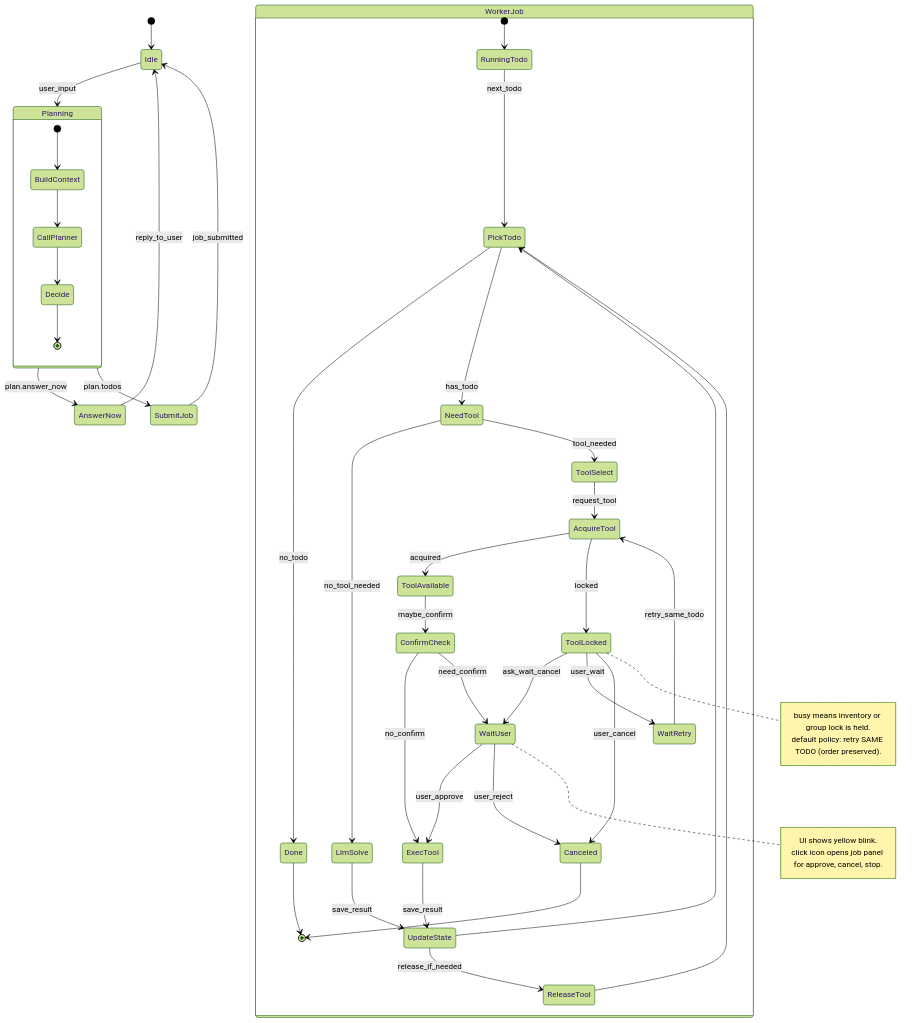
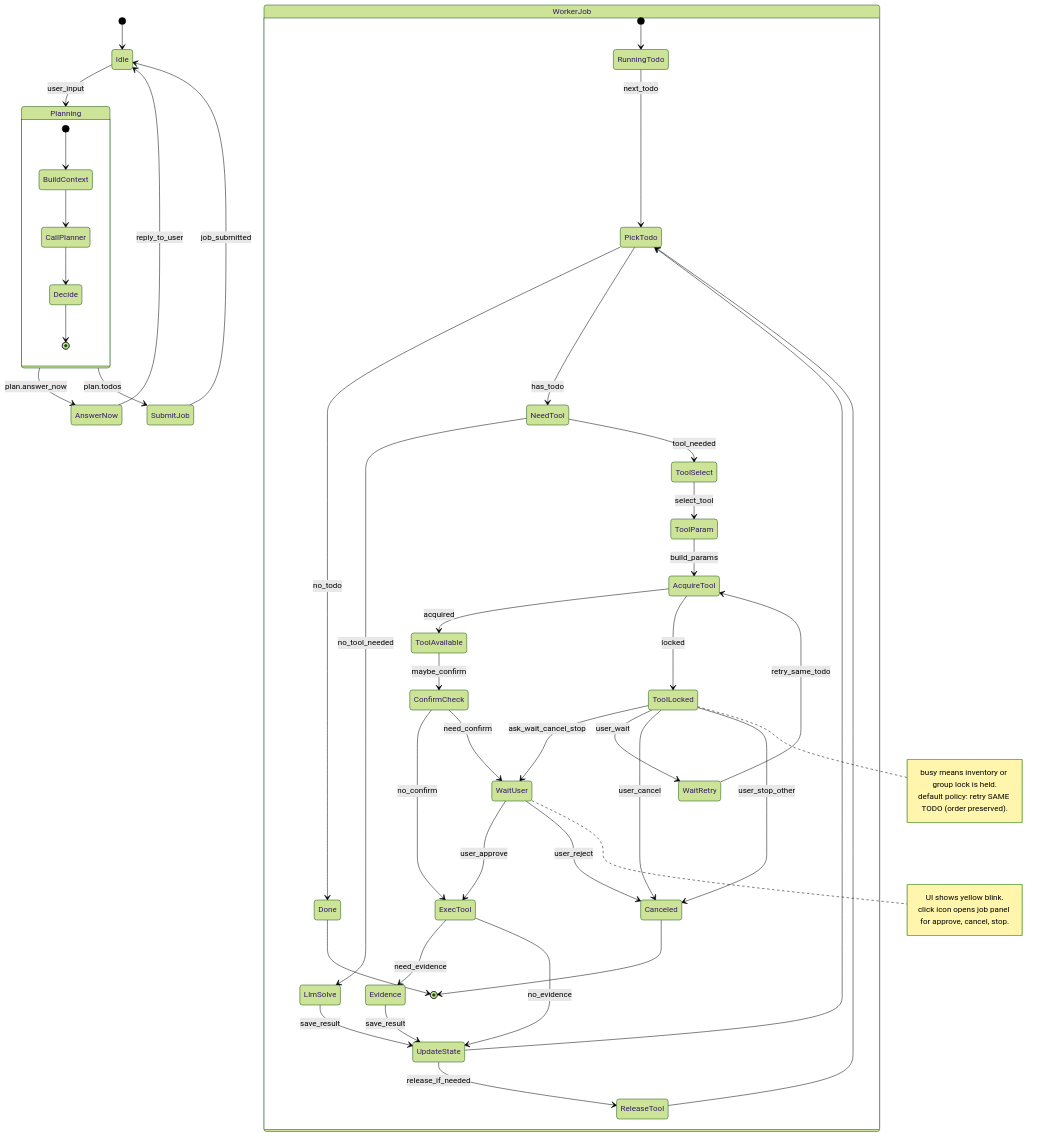
The second of 2 diagrams in docs/agent_world_models_v2.md (heonsik/agent_chat), drawn with Mermaid (forest theme) before and after one commit. The commit also changed 2 other files, not shown here.

Commit message:
Align docs on prompt context and evidence flow

````diff
--- a/docs/agent_world_models_v2.md
+++ b/docs/agent_world_models_v2.md
@@ -114,65 +114,69 @@
 ```mermaid
 stateDiagram-v2
 
 [*] --> Idle
 
 Idle --> Planning : user_input
 Planning --> AnswerNow : plan.answer_now
 Planning --> SubmitJob : plan.todos
 
 AnswerNow --> Idle : reply_to_user
 SubmitJob --> Idle : job_submitted
 
 state WorkerJob {
   [*] --> RunningTodo
   RunningTodo --> PickTodo : next_todo
   PickTodo --> Done : no_todo
   PickTodo --> NeedTool : has_todo
 
   NeedTool --> LlmSolve : no_tool_needed
   LlmSolve --> UpdateState : save_result
   UpdateState --> PickTodo
 
   NeedTool --> ToolSelect : tool_needed
-  ToolSelect --> AcquireTool : request_tool
+  ToolSelect --> ToolParam : select_tool
+  ToolParam --> AcquireTool : build_params
 
   AcquireTool --> ToolAvailable : acquired
   AcquireTool --> ToolLocked : locked
 
   ToolAvailable --> ConfirmCheck : maybe_confirm
   ConfirmCheck --> ExecTool : no_confirm
   ConfirmCheck --> WaitUser : need_confirm
 
   WaitUser --> ExecTool : user_approve
   WaitUser --> Canceled : user_reject
 
-  ToolLocked --> WaitUser : ask_wait_cancel
+  ToolLocked --> WaitUser : ask_wait_cancel_stop
   ToolLocked --> WaitRetry : user_wait
   WaitRetry --> AcquireTool : retry_same_todo
   ToolLocked --> Canceled : user_cancel
+  ToolLocked --> Canceled : user_stop_other
 
-  ExecTool --> UpdateState : save_result
+  ExecTool --> Evidence : need_evidence
+  ExecTool --> UpdateState : no_evidence
+  Evidence --> UpdateState : save_result
   UpdateState --> ReleaseTool : release_if_needed
   ReleaseTool --> PickTodo
 
   Done --> [*]
   Canceled --> [*]
 }
 
 state Planning {
   [*] --> BuildContext
   BuildContext --> CallPlanner
   CallPlanner --> Decide
   Decide --> [*]
 }
 
 note right of ToolLocked
 busy means inventory or group lock is held.
 default policy: retry SAME TODO (order preserved).
 end note
 
 note right of WaitUser
 UI shows yellow blink.
 click icon opens job panel for approve, cancel, stop.
 end note
 ```
````
